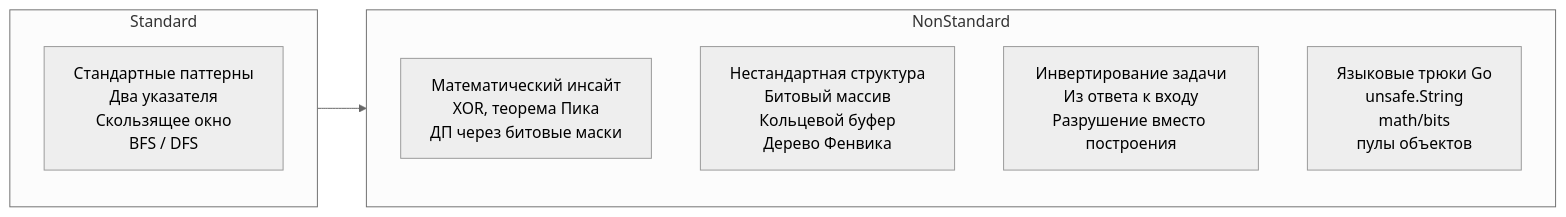
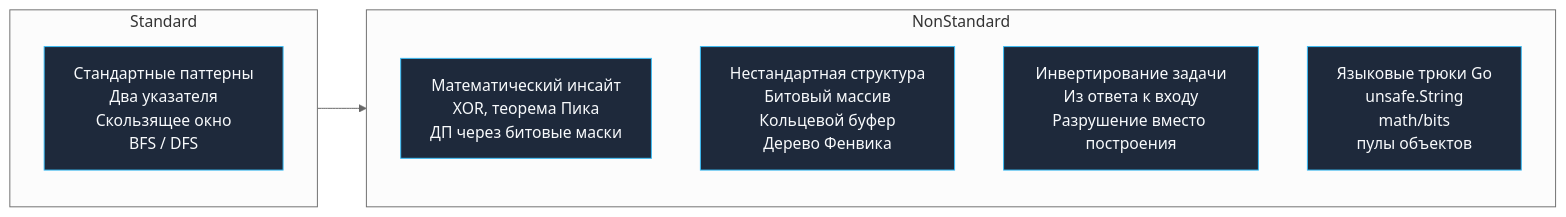
One commit to UnrealTemplier/go-textbook changed the diagram in sources/21. Задачи с LeetCode и собеседований на Go/02. Задачи/29. Сложные задачи/2. Нестандартные решения.md. Above: the diagram before and after it, drawn with Mermaid (neutral theme). The commit also changed 1666 other files, not shown here.

First line of the commit message:
feat(mermaid): add semantic color classDef to 1369 colorless flowchart/graph diagrams

````diff
--- a/sources/21. Задачи с LeetCode и собеседований на Go/02. Задачи/29. Сложные задачи/2. Нестандартные решения.md
+++ b/sources/21. Задачи с LeetCode и собеседований на Go/02. Задачи/29. Сложные задачи/2. Нестандартные решения.md
@@ -17,13 +17,23 @@
 ```mermaid
 flowchart LR
+    classDef process  fill:#1e293b,stroke:#38bdf8,stroke-width:1px,color:#f8fafc
+    classDef success  fill:#064e3b,stroke:#34d399,stroke-width:1px,color:#f8fafc
+    classDef error    fill:#7f1d1d,stroke:#f87171,stroke-width:1px,color:#f8fafc
+    classDef warning  fill:#78350f,stroke:#fbbf24,stroke-width:1px,color:#f8fafc
+    classDef entry    fill:#1e3a5f,stroke:#38bdf8,stroke-width:2px,color:#f8fafc
+    classDef aux      fill:#334155,stroke:#64748b,stroke-width:1px,color:#f8fafc
+    classDef system   fill:#312e81,stroke:#a78bfa,stroke-width:1px,color:#f8fafc
+    classDef data     fill:#132d29,stroke:#2dd4bf,stroke-width:1px,color:#f8fafc
+    classDef network  fill:#881337,stroke:#fb7185,stroke-width:1px,color:#f8fafc
+    classDef accent   fill:#1e1b4b,stroke:#818cf8,stroke-width:1px,color:#f8fafc
     subgraph Standard
-        S1["Стандартные паттерны<br>Два указателя<br>Скользящее окно<br>BFS / DFS"]
+        S1["Стандартные паттерны<br>Два указателя<br>Скользящее окно<br>BFS / DFS"]:::process
     end
     subgraph NonStandard
-        N1["Математический инсайт<br>XOR, теорема Пика<br>ДП через битовые маски"]
-        N2["Нестандартная структура<br>Битовый массив<br>Кольцевой буфер<br>Дерево Фенвика"]
-        N3["Инвертирование задачи<br>Из ответа к входу<br>Разрушение вместо построения"]
-        N4["Языковые трюки Go<br>unsafe.String<br>math/bits<br>пулы объектов"]
+        N1["Математический инсайт<br>XOR, теорема Пика<br>ДП через битовые маски"]:::process
+        N2["Нестандартная структура<br>Битовый массив<br>Кольцевой буфер<br>Дерево Фенвика"]:::process
+        N3["Инвертирование задачи<br>Из ответа к входу<br>Разрушение вместо построения"]:::process
+        N4["Языковые трюки Go<br>unsafe.String<br>math/bits<br>пулы объектов"]:::process
     end
     Standard --> NonStandard
 ```
````
